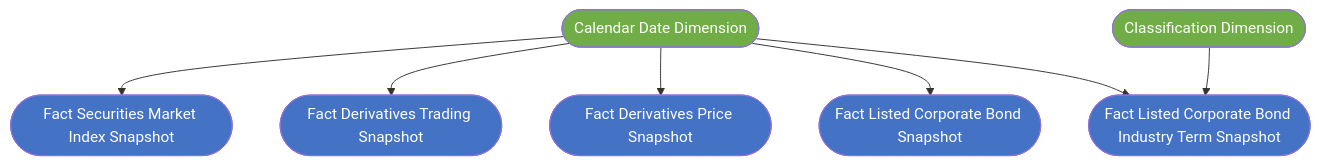
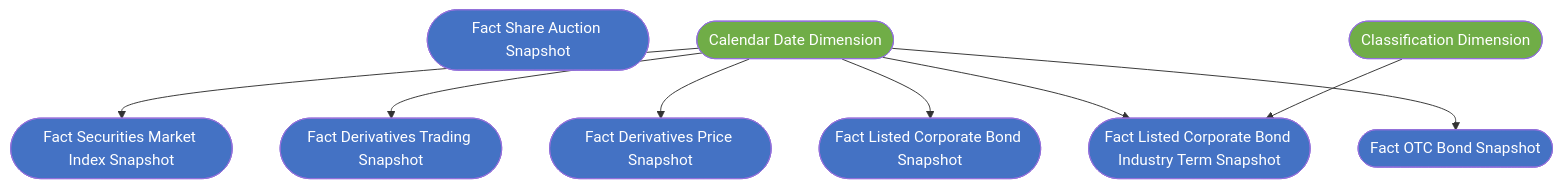
Diagram 23 of 34 in Datamart/hld/DTM_VP_HLD.md (linhlvit/ubck_atomic_design), drawn with Mermaid before and after one commit. The commit also changed other lines of this file and 14 other files, not shown here.

````diff
--- a/Datamart/hld/DTM_VP_HLD.md
+++ b/Datamart/hld/DTM_VP_HLD.md
@@ -858,20 +902,23 @@
 ```mermaid
 graph TB
     classDef fact fill:#4472C4,color:#fff
     classDef dim fill:#70AD47,color:#fff
 
     fct_scr_mkt_indx_snpst(["Fact Securities Market Index Snapshot"]):::fact
     fct_derv_tdg_snpst(["Fact Derivatives Trading Snapshot"]):::fact
     fct_derv_prc_snpst(["Fact Derivatives Price Snapshot"]):::fact
     fct_lst_crp_bnd_snpst(["Fact Listed Corporate Bond Snapshot"]):::fact
     fct_lst_crp_bnd_indy_trm_snpst(["Fact Listed Corporate Bond Industry Term Snapshot"]):::fact
+    fct_otc_bnd_snpst(["Fact OTC Bond Snapshot"]):::fact
+    fct_share_auction_snpst(["Fact Share Auction Snapshot"]):::fact
     cdr_dt_dim(["Calendar Date Dimension"]):::dim
     cl_dim(["Classification Dimension"]):::dim
 
     cdr_dt_dim --> fct_scr_mkt_indx_snpst
     cdr_dt_dim --> fct_derv_tdg_snpst
     cdr_dt_dim --> fct_derv_prc_snpst
     cdr_dt_dim --> fct_lst_crp_bnd_snpst
     cdr_dt_dim --> fct_lst_crp_bnd_indy_trm_snpst
+    cdr_dt_dim --> fct_otc_bnd_snpst
     cl_dim --> fct_lst_crp_bnd_indy_trm_snpst
 ```
````
